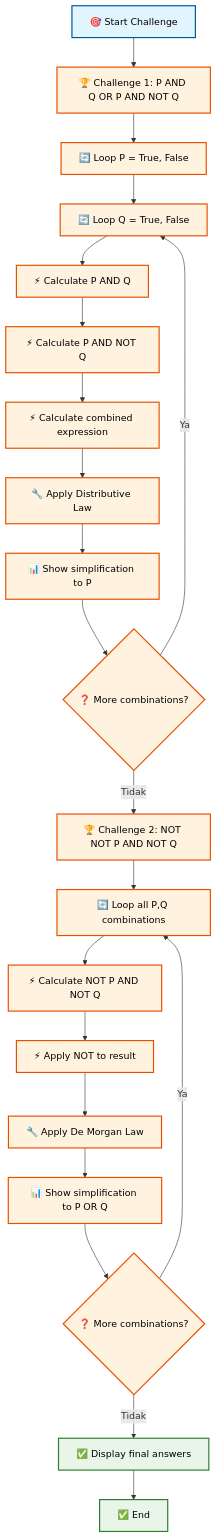
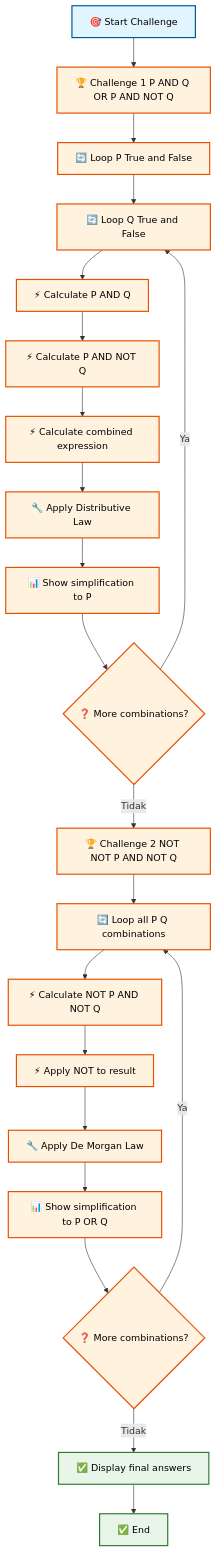
One commit to antonprafanto/logikamatematika changed the ninth of 10 diagrams in pertemuan3.md. Above: the diagram before and after it, drawn with Mermaid. The commit also changed other lines of this file, not shown here.

````diff
--- a/pertemuan3.md
+++ b/pertemuan3.md
@@ -1066,43 +1066,43 @@
 ```mermaid
 flowchart TD
-    A[🎯 Start Challenge] --> B[🏆 Challenge 1: P AND Q OR P AND NOT Q]
-    B --> C[🔄 Loop P = True, False]
-    C --> D[🔄 Loop Q = True, False]
+    A[🎯 Start Challenge] --> B[🏆 Challenge 1 P AND Q OR P AND NOT Q]
+    B --> C[🔄 Loop P True and False]
+    C --> D[🔄 Loop Q True and False]
     D --> E[⚡ Calculate P AND Q]
     E --> F[⚡ Calculate P AND NOT Q]
     F --> G[⚡ Calculate combined expression]
     G --> H[🔧 Apply Distributive Law]
     H --> I[📊 Show simplification to P]
     I --> J{❓ More combinations?}
     J -->|Ya| D
-    J -->|Tidak| K[🏆 Challenge 2: NOT NOT P AND NOT Q]
-    K --> L[🔄 Loop all P,Q combinations]
+    J -->|Tidak| K[🏆 Challenge 2 NOT NOT P AND NOT Q]
+    K --> L[🔄 Loop all P Q combinations]
     L --> M[⚡ Calculate NOT P AND NOT Q]
     M --> N[⚡ Apply NOT to result]
     N --> O[🔧 Apply De Morgan Law]
     O --> P[📊 Show simplification to P OR Q]
     P --> Q{❓ More combinations?}
     Q -->|Ya| L
     Q -->|Tidak| R[✅ Display final answers]
     R --> S[✅ End]
     
     style A fill:#e1f5fe,stroke:#01579b,stroke-width:2px,color:#000
     style B fill:#fff3e0,stroke:#e65100,stroke-width:2px,color:#000
     style C fill:#fff3e0,stroke:#e65100,stroke-width:2px,color:#000
     style D fill:#fff3e0,stroke:#e65100,stroke-width:2px,color:#000
     style E fill:#fff3e0,stroke:#e65100,stroke-width:2px,color:#000
     style F fill:#fff3e0,stroke:#e65100,stroke-width:2px,color:#000
     style G fill:#fff3e0,stroke:#e65100,stroke-width:2px,color:#000
     style H fill:#fff3e0,stroke:#e65100,stroke-width:2px,color:#000
     style I fill:#fff3e0,stroke:#e65100,stroke-width:2px,color:#000
     style J fill:#fff3e0,stroke:#e65100,stroke-width:2px,color:#000
     style K fill:#fff3e0,stroke:#e65100,stroke-width:2px,color:#000
     style L fill:#fff3e0,stroke:#e65100,stroke-width:2px,color:#000
     style M fill:#fff3e0,stroke:#e65100,stroke-width:2px,color:#000
     style N fill:#fff3e0,stroke:#e65100,stroke-width:2px,color:#000
     style O fill:#fff3e0,stroke:#e65100,stroke-width:2px,color:#000
     style P fill:#fff3e0,stroke:#e65100,stroke-width:2px,color:#000
     style Q fill:#fff3e0,stroke:#e65100,stroke-width:2px,color:#000
     style R fill:#e8f5e8,stroke:#2e7d32,stroke-width:2px,color:#000
     style S fill:#e8f5e8,stroke:#2e7d32,stroke-width:2px,color:#000
 ```
````
